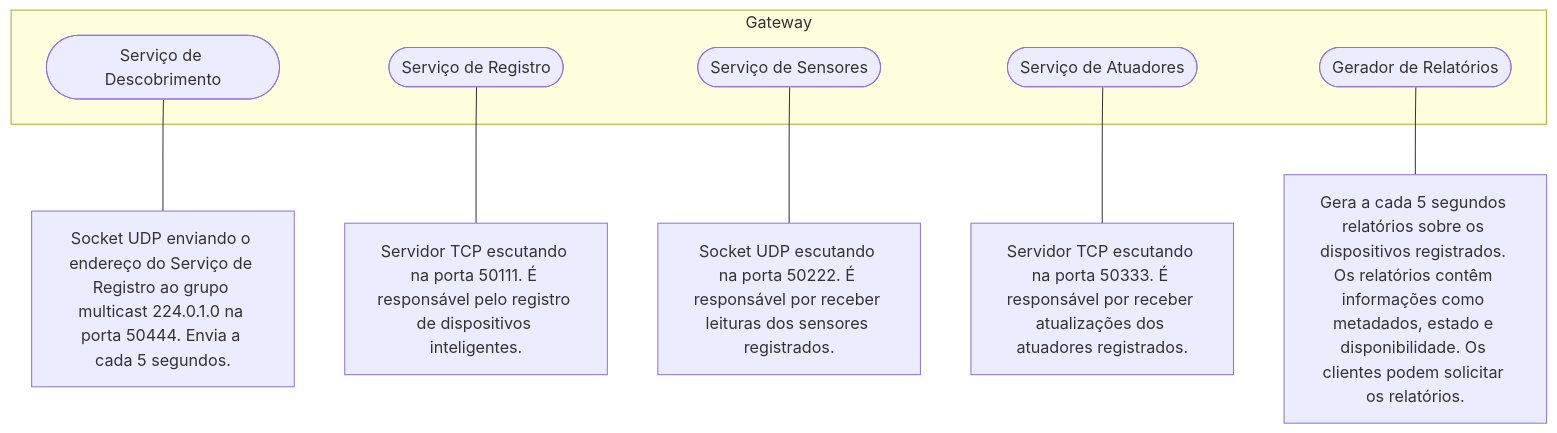
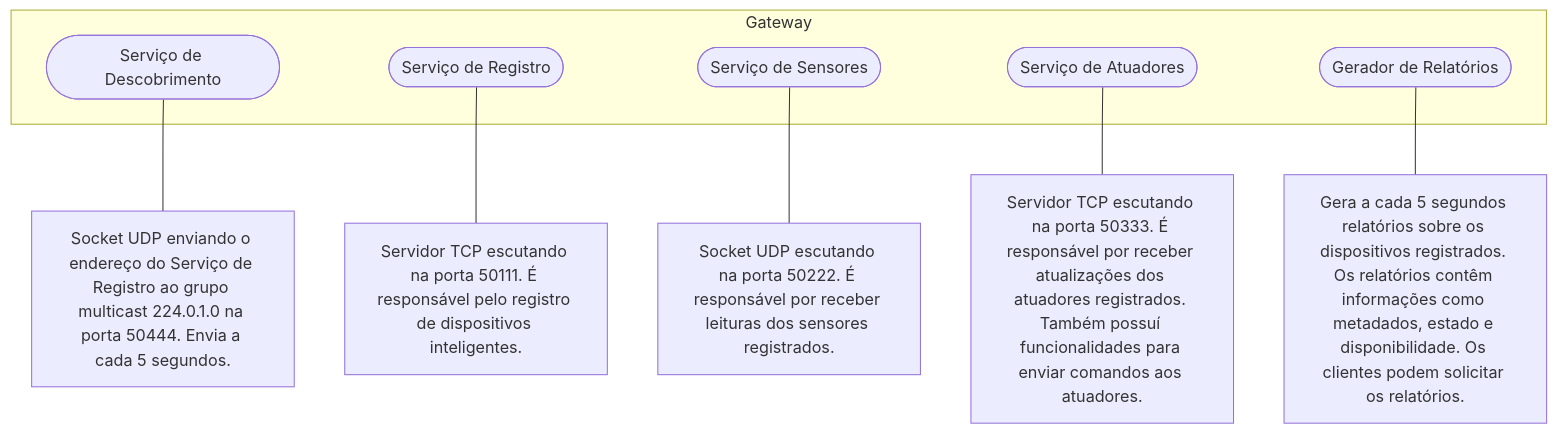
The first of 3 diagrams in README.md (nelioasousa/cidade_inteligente), drawn with Mermaid before and after one commit. The commit also changed other lines of this file, not shown here.

Commit message:
Melhorar diagramas

````diff
--- a/README.md
+++ b/README.md
@@ -47,25 +47,25 @@
 ```mermaid
 flowchart BT
     subgraph Gateway
         descobrimento([Serviço de Descobrimento])
         registro([Serviço de Registro])
         sensores([Serviço de Sensores])
         atuadores([Serviço de Atuadores])
         relatorios([Gerador de Relatórios])
     end
 
     desc_descobrimento[Socket UDP enviando o endereço do Serviço de Registro ao grupo multicast 224.0.1.0 na porta 50444. Envia a cada 5 segundos.]
     desc_descobrimento --- descobrimento
 
     desc_registro[Servidor TCP escutando na porta 50111. É responsável pelo registro de dispositivos inteligentes.]
     desc_registro --- registro
 
     desc_sensores[Socket UDP escutando na porta 50222. É responsável por receber leituras dos sensores registrados.]
     desc_sensores --- sensores
 
-    desc_atuadores[Servidor TCP escutando na porta 50333. É responsável por receber atualizações dos atuadores registrados.]
+    desc_atuadores[Servidor TCP escutando na porta 50333. É responsável por receber atualizações dos atuadores registrados. Também possuí funcionalidades para enviar comandos aos atuadores.]
     desc_atuadores --- atuadores
 
     desc_relatorios[Gera a cada 5 segundos relatórios sobre os dispositivos registrados. Os relatórios contêm informações como metadados, estado e disponibilidade. Os clientes podem solicitar os relatórios.]
     desc_relatorios --- relatorios
 ```
````
